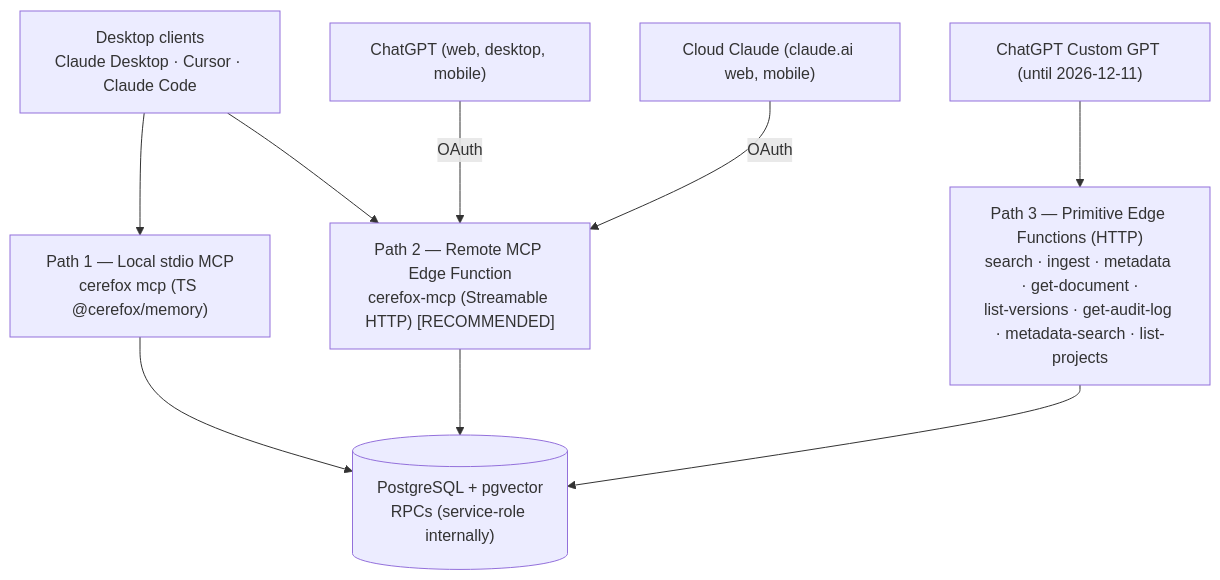
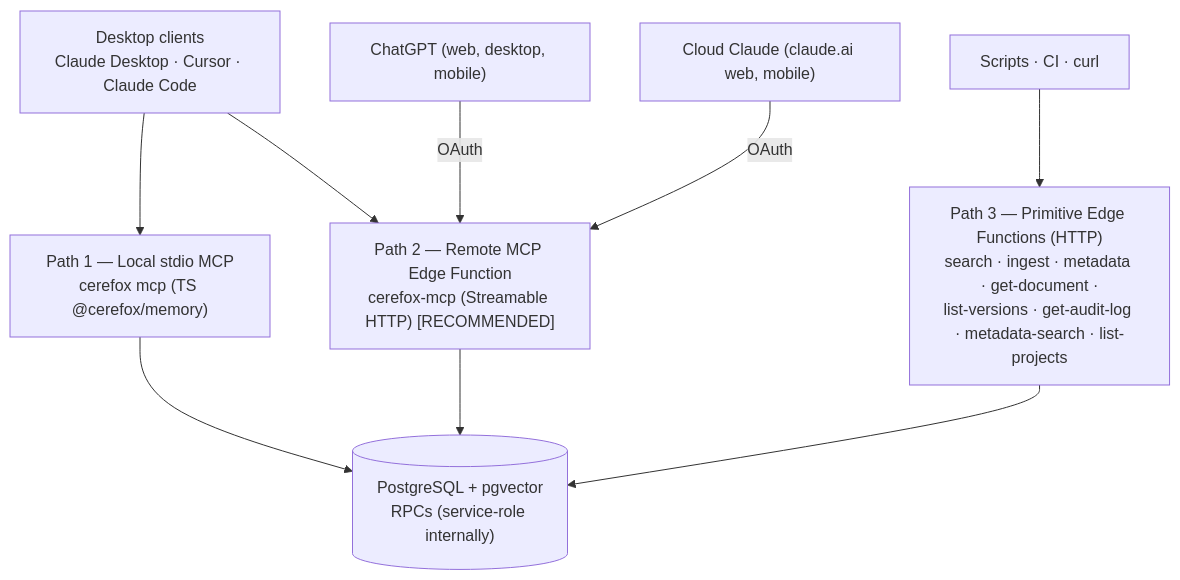
The sixth of 11 diagrams in docs/solution-design.md (fstamatelopoulos/cerefox), drawn with Mermaid before and after one commit. The commit also changed other lines of this file and 23 other files, not shown here.

First line of the commit message:
Remove the Custom GPT setup docs ahead of its retirement

````diff
--- a/docs/solution-design.md
+++ b/docs/solution-design.md
@@ -1079,19 +1061,19 @@
 ```mermaid
 flowchart TD
   desktop["Desktop clients<br/>Claude Desktop · Cursor · Claude Code"]
   chatgpt["ChatGPT (web, desktop, mobile)"]
   claudeweb["Cloud Claude (claude.ai web, mobile)"]
-  customgpt["ChatGPT Custom GPT (until 2026-12-11)"]
+  http["Scripts · CI · curl"]
 
   local["Path 1 — Local stdio MCP<br/>cerefox mcp (TS @cerefox/memory)"]
   remote["Path 2 — Remote MCP Edge Function<br/>cerefox-mcp (Streamable HTTP) [RECOMMENDED]"]
   prims["Path 3 — Primitive Edge Functions (HTTP)<br/>search · ingest · metadata · get-document ·<br/>list-versions · get-audit-log · metadata-search · list-projects"]
 
   pg[("PostgreSQL + pgvector<br/>RPCs (service-role internally)")]
 
   desktop --> local --> pg
   desktop --> remote --> pg
   chatgpt -- OAuth --> remote
   claudeweb -- OAuth --> remote
-  customgpt --> prims --> pg
+  http --> prims --> pg
 ```
````
